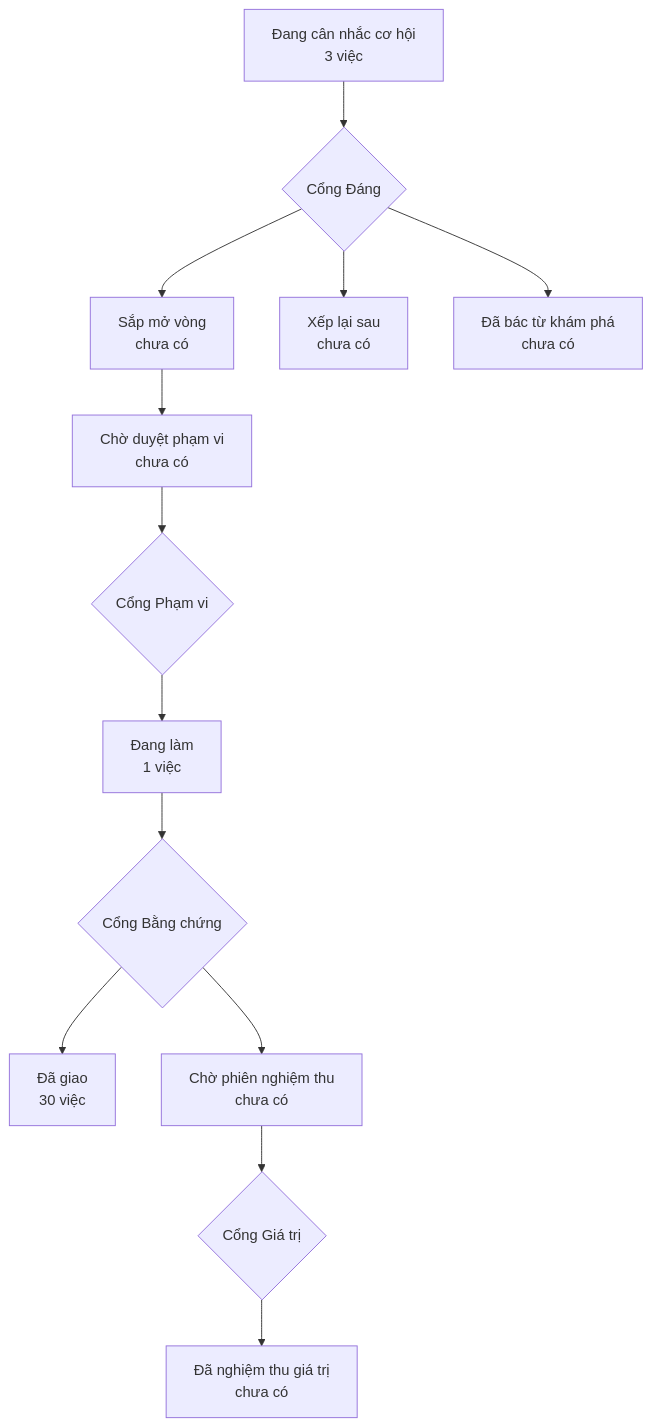
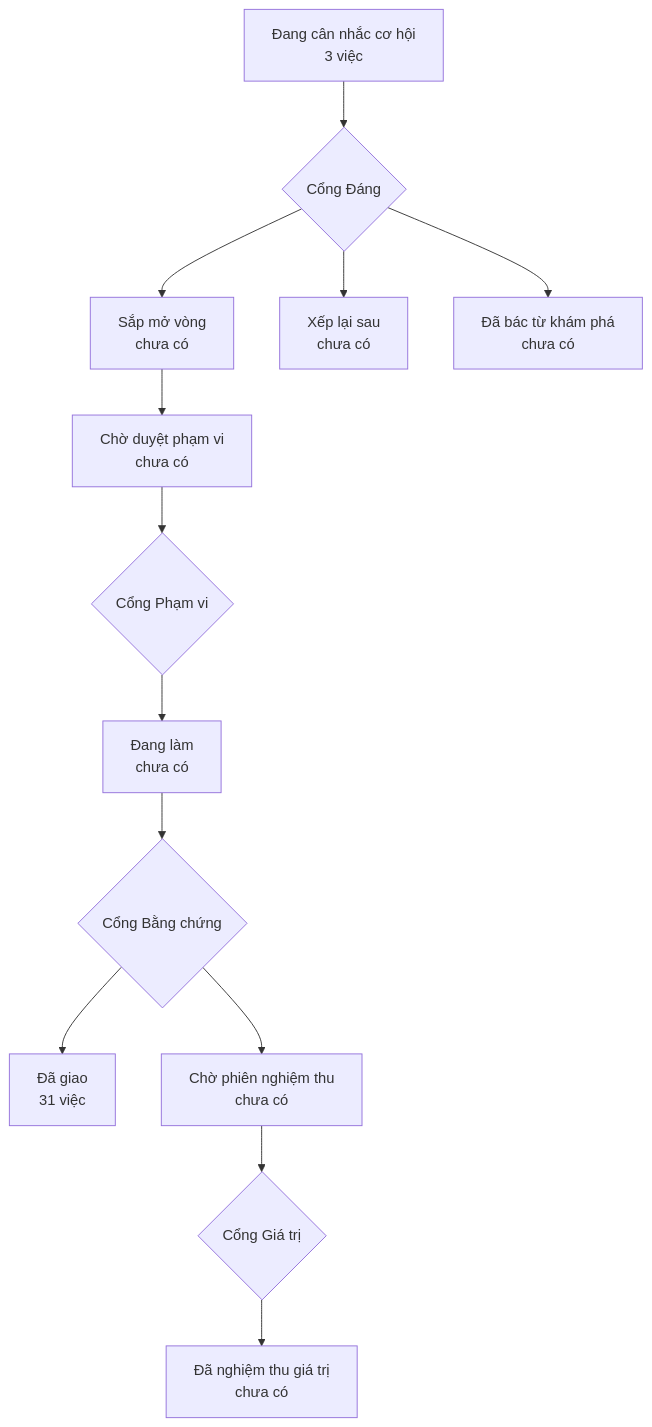
Before and after one commit to phanlemanh/OneFlow: the diagram in PRODUCT-MAP.md, drawn with Mermaid. The commit also changed other lines of this file, not shown here.

Commit message:
docs(map): regenerate PRODUCT-MAP.md after both signoffs
Step 6 of the signoff ritual, which I skipped twice: this repo opts in via
PRODUCT-MAP.md in risk_tiers.t1_skip_globs, so the map is machine-generated from
records the gate just changed and belongs in the signature commit. It was short
one delivered entry, 30 against 31 dossiers.

````diff
--- a/PRODUCT-MAP.md
+++ b/PRODUCT-MAP.md
@@ -6,12 +6,12 @@
 ```mermaid
 flowchart TD
   A["Đang cân nhắc cơ hội<br/>3 việc"] --> GD{"Cổng Đáng"}
   GD --> B["Sắp mở vòng<br/>chưa có"]
   GD --> XL["Xếp lại sau<br/>chưa có"]
   GD --> DB["Đã bác từ khám phá<br/>chưa có"]
   B --> CD["Chờ duyệt phạm vi<br/>chưa có"] --> GP{"Cổng Phạm vi"}
-  GP --> DL["Đang làm<br/>1 việc"] --> GB{"Cổng Bằng chứng"}
-  GB --> DG["Đã giao<br/>30 việc"]
+  GP --> DL["Đang làm<br/>chưa có"] --> GB{"Cổng Bằng chứng"}
+  GB --> DG["Đã giao<br/>31 việc"]
   GB --> CN["Chờ phiên nghiệm thu<br/>chưa có"] --> GG{"Cổng Giá trị"}
   GG --> NT["Đã nghiệm thu giá trị<br/>chưa có"]
 ```
````
